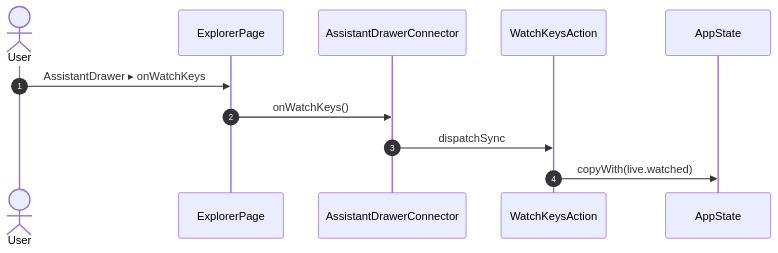
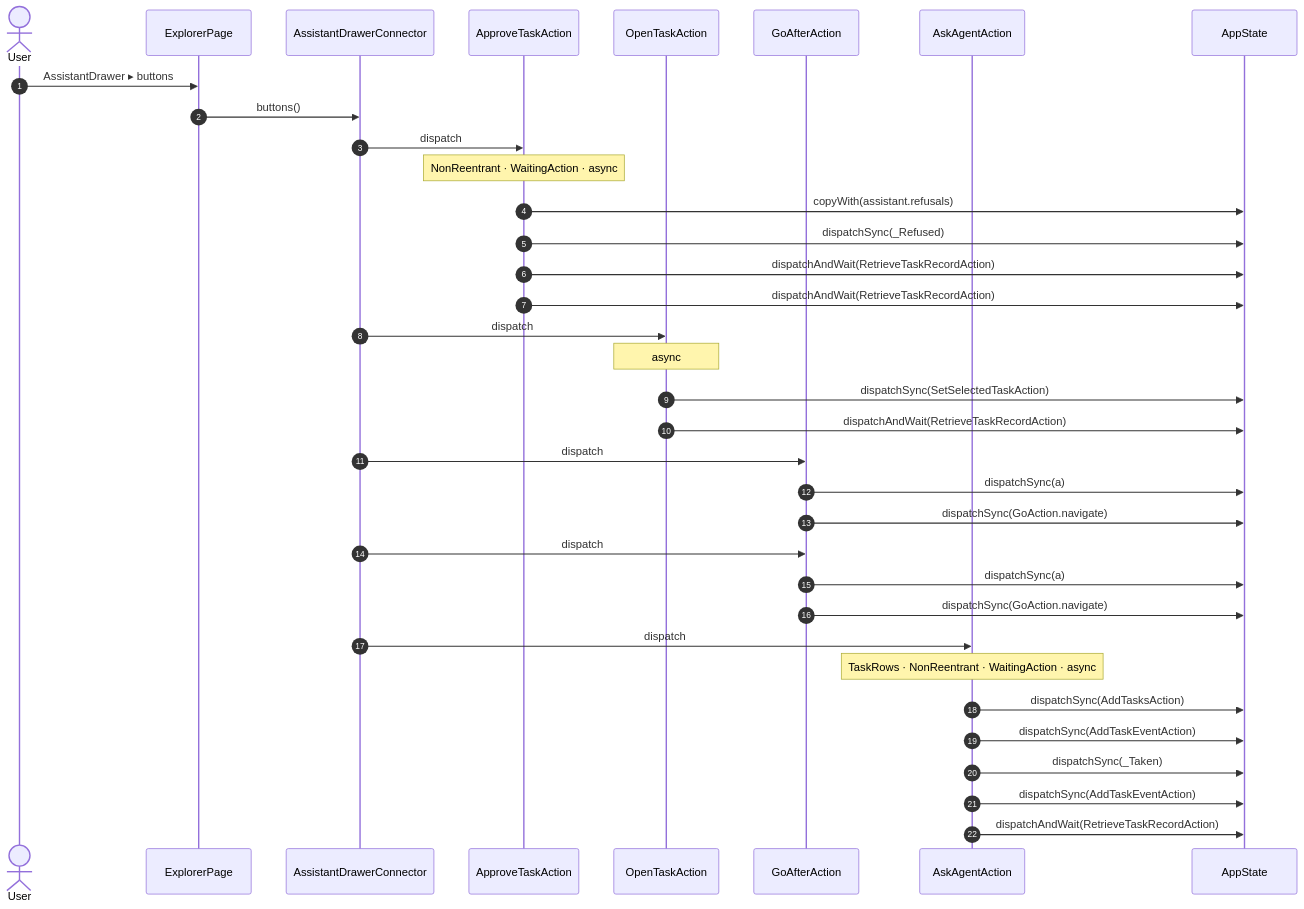
Before and after one commit to gencto/wyrm: diagram 39 of 55 in studio/docs/flows/explorer.md, drawn with Mermaid. The commit also changed other lines of this file and 94 other files, not shown here.

First line of the commit message:
studio: assistant: typed wire, words in ui, one action per intent

````diff
--- a/studio/docs/flows/explorer.md
+++ b/studio/docs/flows/explorer.md
@@ -746,14 +733,38 @@
 ```mermaid
 sequenceDiagram
     autonumber
     actor User
     participant UI as ExplorerPage
     participant R1 as AssistantDrawerConnector
-    participant A1 as WatchKeysAction
+    participant A1 as ApproveTaskAction
+    participant A2 as OpenTaskAction
+    participant A3 as GoAfterAction
+    participant A4 as AskAgentAction
     participant ST as AppState
 
-    User->>UI: AssistantDrawer ▸ onWatchKeys
-    UI->>R1: onWatchKeys()
-    R1->>A1: dispatchSync
-    A1->>ST: copyWith(live.watched)
+    User->>UI: AssistantDrawer ▸ buttons
+    UI->>R1: buttons()
+    R1->>A1: dispatch
+    Note over A1: NonReentrant · WaitingAction · async
+    A1->>ST: copyWith(assistant.refusals)
+    A1->>ST: dispatchSync(_Refused)
+    A1->>ST: dispatchAndWait(RetrieveTaskRecordAction)
+    A1->>ST: dispatchAndWait(RetrieveTaskRecordAction)
+    R1->>A2: dispatch
+    Note over A2: async
+    A2->>ST: dispatchSync(SetSelectedTaskAction)
+    A2->>ST: dispatchAndWait(RetrieveTaskRecordAction)
+    R1->>A3: dispatch
+    A3->>ST: dispatchSync(a)
+    A3->>ST: dispatchSync(GoAction.navigate)
+    R1->>A3: dispatch
+    A3->>ST: dispatchSync(a)
+    A3->>ST: dispatchSync(GoAction.navigate)
+    R1->>A4: dispatch
+    Note over A4: TaskRows · NonReentrant · WaitingAction · async
+    A4->>ST: dispatchSync(AddTasksAction)
+    A4->>ST: dispatchSync(AddTaskEventAction)
+    A4->>ST: dispatchSync(_Taken)
+    A4->>ST: dispatchSync(AddTaskEventAction)
+    A4->>ST: dispatchAndWait(RetrieveTaskRecordAction)
 ```
````
